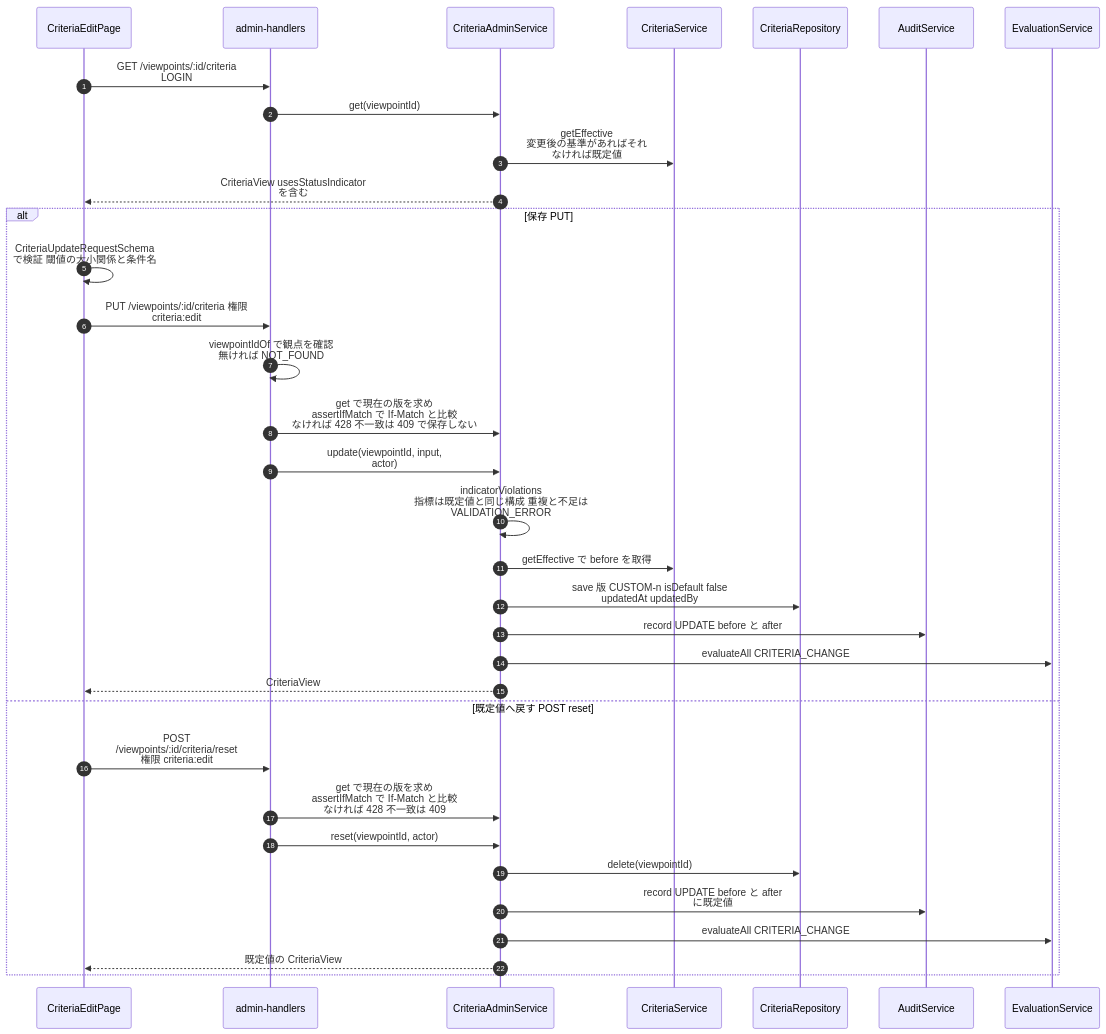
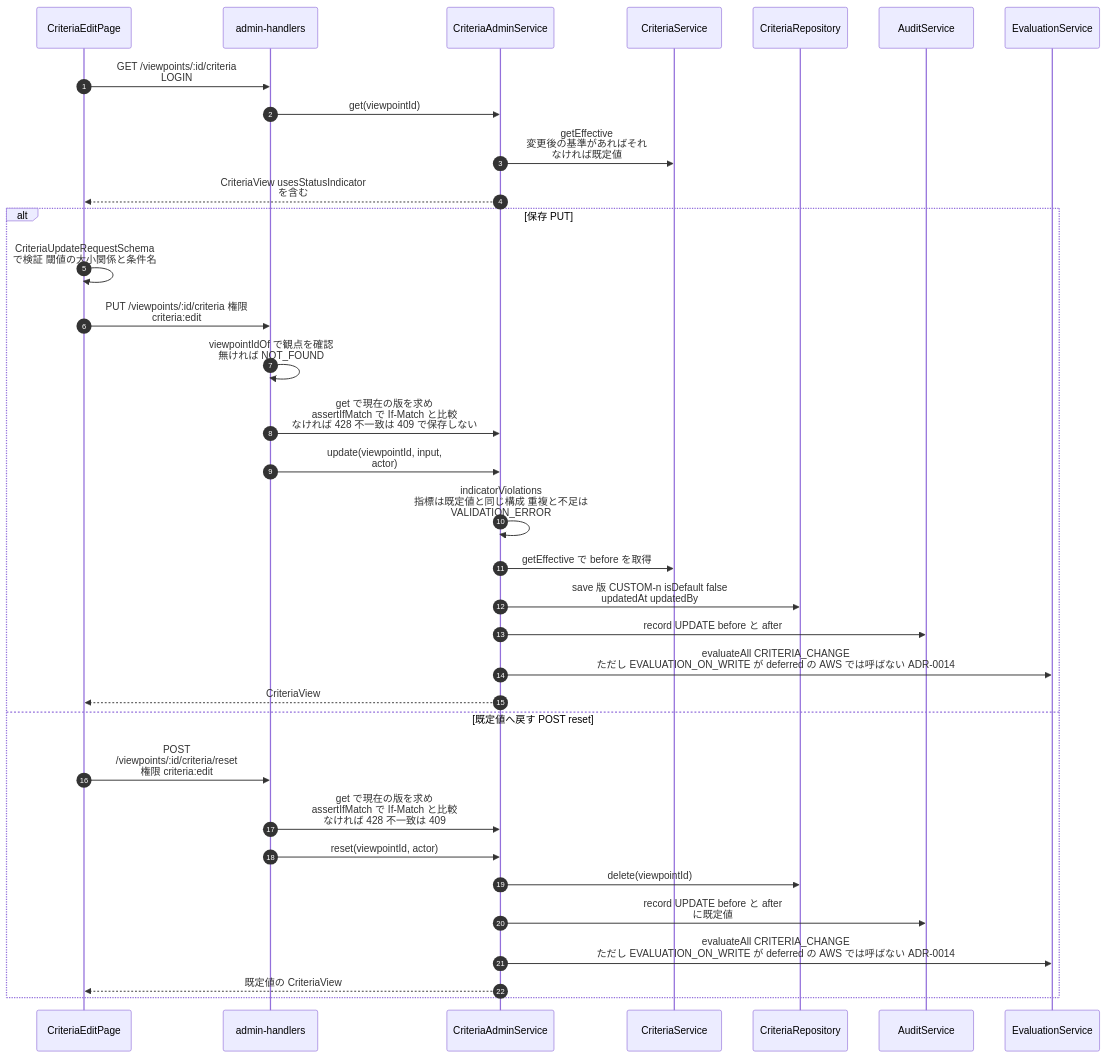
One commit to NS-APU/smart-farm-monitoring changed diagram 20 of 47 in docs/10_design/architecture/as-built.md. Above: the diagram before and after it, drawn with Mermaid. The commit also changed other lines of this file and 7 other files, not shown here.

````diff
--- a/docs/10_design/architecture/as-built.md
+++ b/docs/10_design/architecture/as-built.md
@@ -1520,37 +1520,37 @@
 ```mermaid
 sequenceDiagram
   autonumber
   participant PG as CriteriaEditPage
   participant APP as admin-handlers
   participant CA as CriteriaAdminService
   participant CS as CriteriaService
   participant REP as CriteriaRepository
   participant AU as AuditService
   participant EV as EvaluationService
 
   PG->>APP: GET /viewpoints/:id/criteria<br>LOGIN
   APP->>CA: get(viewpointId)
   CA->>CS: getEffective<br>変更後の基準があればそれ<br>なければ既定値
   CA-->>PG: CriteriaView usesStatusIndicator<br>を含む
   alt 保存 PUT
     PG->>PG: CriteriaUpdateRequestSchema<br>で検証 閾値の大小関係と条件名
     PG->>APP: PUT /viewpoints/:id/criteria 権限<br>criteria:edit
     APP->>APP: viewpointIdOf で観点を確認<br>無ければ NOT_FOUND
     APP->>CA: get で現在の版を求め<br>assertIfMatch で If-Match と比較<br>なければ 428 不一致は 409 で保存しない
     APP->>CA: update(viewpointId, input,<br>actor)
     CA->>CA: indicatorViolations<br>指標は既定値と同じ構成 重複と不足は<br>VALIDATION_ERROR
     CA->>CS: getEffective で before を取得
     CA->>REP: save 版 CUSTOM-n isDefault false<br>updatedAt updatedBy
     CA->>AU: record UPDATE before と after
-    CA->>EV: evaluateAll CRITERIA_CHANGE
+    CA->>EV: evaluateAll CRITERIA_CHANGE<br>ただし EVALUATION_ON_WRITE が deferred の AWS では呼ばない ADR-0014
     CA-->>PG: CriteriaView
   else 既定値へ戻す POST reset
     PG->>APP: POST<br>/viewpoints/:id/criteria/reset<br>権限 criteria:edit
     APP->>CA: get で現在の版を求め<br>assertIfMatch で If-Match と比較<br>なければ 428 不一致は 409
     APP->>CA: reset(viewpointId, actor)
     CA->>REP: delete(viewpointId)
     CA->>AU: record UPDATE before と after<br>に既定値
-    CA->>EV: evaluateAll CRITERIA_CHANGE
+    CA->>EV: evaluateAll CRITERIA_CHANGE<br>ただし EVALUATION_ON_WRITE が deferred の AWS では呼ばない ADR-0014
     CA-->>PG: 既定値の CriteriaView
   end
 ```
````
